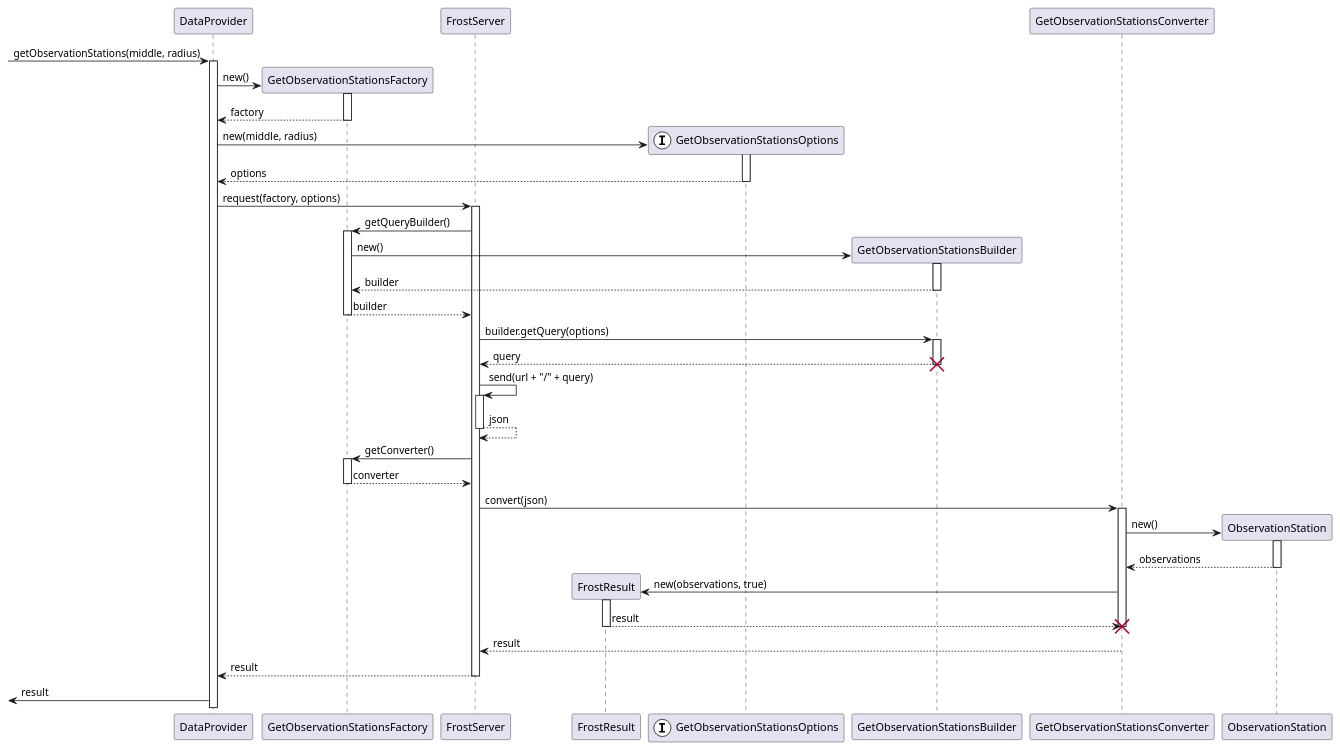
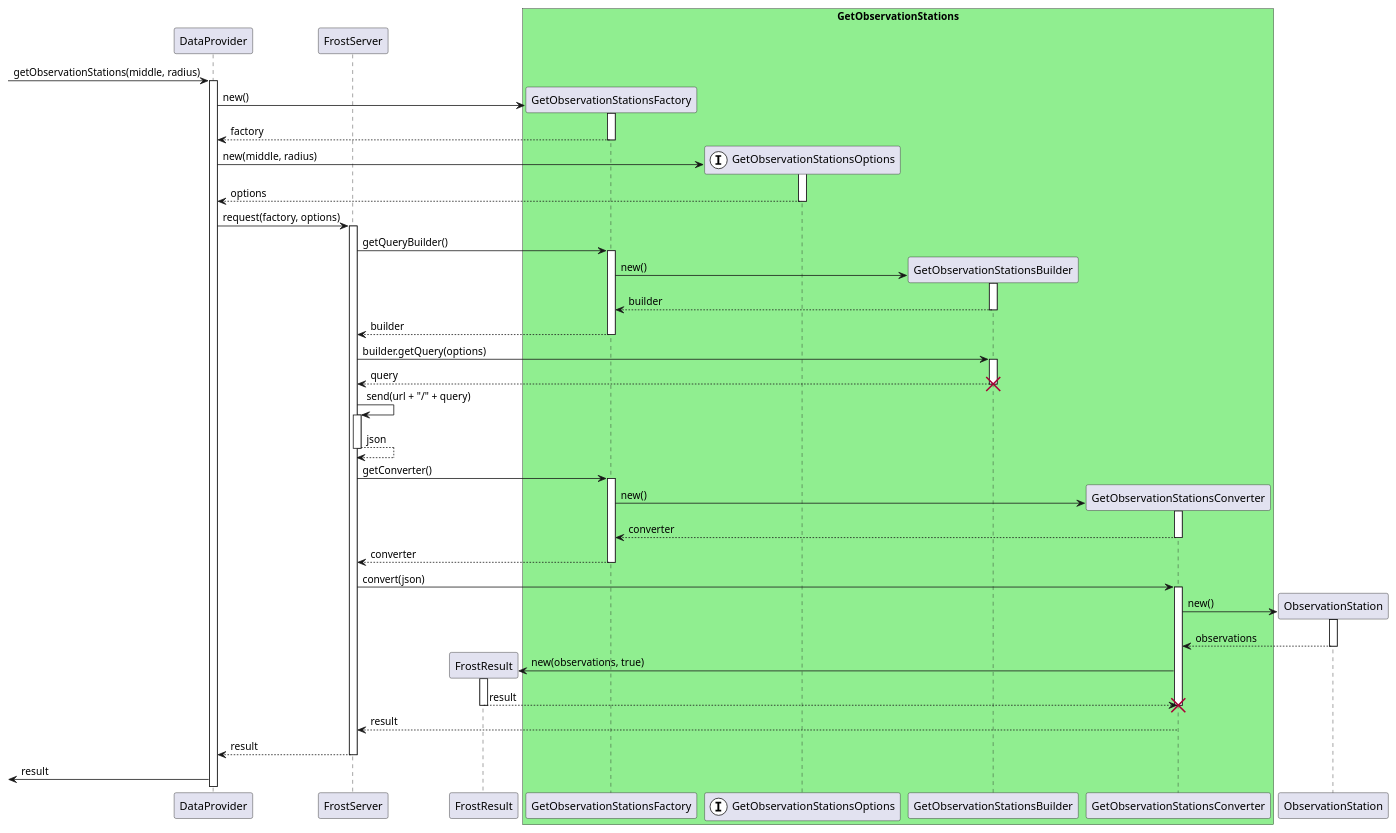
One commit to JonaEnz/pse-airquality-1 changed the diagram in Entwurf/PlantUML/SequenceDiagrams/FrostFactory.puml. Above: the diagram before and after it, drawn with PlantUML.

Commit message:
Add GetObservationStations box

```diff
--- a/Entwurf/PlantUML/SequenceDiagrams/FrostFactory.puml
+++ b/Entwurf/PlantUML/SequenceDiagrams/FrostFactory.puml
@@ -1,49 +1,57 @@
 @startuml FrostFactory
 
 participant DataProvider
-participant GetObservationStationsFactory
 participant FrostServer
 participant FrostResult
+box "GetObservationStations" #LightGreen
+participant GetObservationStationsFactory
 participant GetObservationStationsOptions <<(I, #FFFFFF)>>
+participant GetObservationStationsBuilder
+participant GetObservationStationsConverter
+end box
+participant ObservationStation
 
 [-> DataProvider ++ : getObservationStations(middle, radius)
 
 'Factory
 create GetObservationStationsFactory
 DataProvider -> GetObservationStationsFactory ++ : new()
 return factory
 create GetObservationStationsOptions
 DataProvider -> GetObservationStationsOptions ++ : new(middle, radius)
 return options
 DataProvider -> FrostServer ++ : request(factory, options)
 
 'Builder
 
 FrostServer -> GetObservationStationsFactory ++ : getQueryBuilder()
 create GetObservationStationsBuilder
 GetObservationStationsFactory -> GetObservationStationsBuilder ++ : new()
 return builder
 return builder
 FrostServer -> GetObservationStationsBuilder ++ : builder.getQuery(options)
 return query
 destroy GetObservationStationsBuilder
 
 'Request
 FrostServer -> FrostServer ++ : send(url + "/" + query)
 return json
 
 'Converter
 FrostServer -> GetObservationStationsFactory ++ : getConverter()
+create GetObservationStationsConverter
+GetObservationStationsFactory -> GetObservationStationsConverter ++ : new()
+return converter
 return converter
 FrostServer -> GetObservationStationsConverter ++ : convert(json)
 create ObservationStation
 GetObservationStationsConverter -> ObservationStation ++ : new()
 return observations
 create FrostResult
 GetObservationStationsConverter -> FrostResult ++: new(observations, true)
 return result
 destroy GetObservationStationsConverter
 return result
 return result
 [<- DataProvider : result
 @enduml
```
